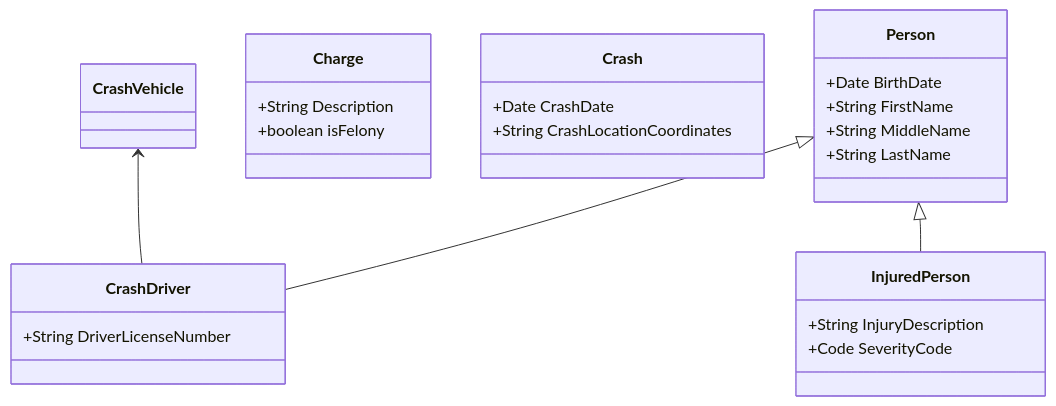
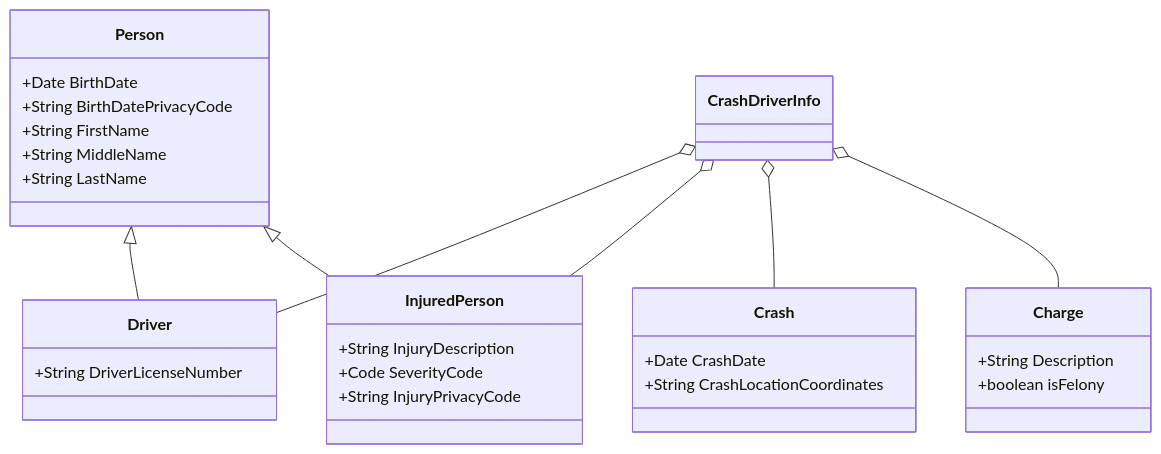
One commit to NIEM/NIEM-Training changed the diagram in Class Diagram/CrashDriverClassDiagram.mmd. Above: the diagram before and after it, drawn with Mermaid. The commit also changed other lines of this file and 10 other files, not shown here.

Commit message:
UML and outline additions

```diff
--- a/Class Diagram/CrashDriverClassDiagram.mmd
+++ b/Class Diagram/CrashDriverClassDiagram.mmd
@@ -1,36 +1,41 @@
 classDiagram
 
-	Person <|-- CrashDriver
+	class CrashDriverInfo{
+	}
+
+	CrashDriverInfo o-- Driver
+	CrashDriverInfo o-- InjuredPerson
+	CrashDriverInfo o-- Crash
+	CrashDriverInfo o-- Charge
+
+	Person <|-- Driver
 	Person <|-- InjuredPerson
 	
 	class Person{
 		+Date BirthDate
+		+String BirthDatePrivacyCode
 		+String FirstName
 		+String MiddleName
 		+String LastName
 	}
 	
-	class CrashDriver{
+	class Driver{
 		+String DriverLicenseNumber
 	
 	}
 
 	class InjuredPerson{
 		+String InjuryDescription
 		+Code SeverityCode
+		+String InjuryPrivacyCode
 	}
 
 	class Charge{
 		+String Description
 		+boolean isFelony
 	}
 
 	class Crash{
 		+Date CrashDate
 		+String CrashLocationCoordinates
 	}
-
-	CrashVehicle <-- CrashDriver
-
-	class CrashVehicle{
-	}
```
